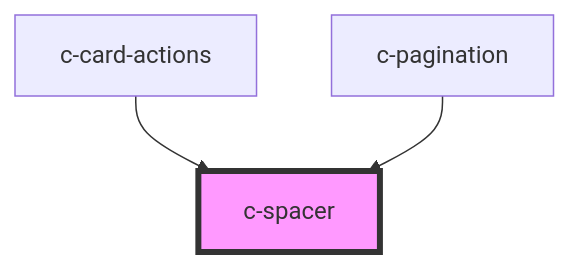
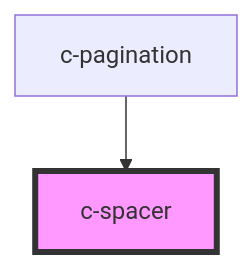
Before and after one commit to hannyle/csc-ui: the diagram in src/components/c-spacer/readme.md, drawn with Mermaid. The commit also changed other lines of this file and 16 other files, not shown here.

````diff
--- a/src/components/c-spacer/readme.md
+++ b/src/components/c-spacer/readme.md
@@ -16,6 +15,5 @@
 ```mermaid
 graph TD;
-  c-card-actions --> c-spacer
   c-pagination --> c-spacer
   style c-spacer fill:#f9f,stroke:#333,stroke-width:4px
 ```
````
